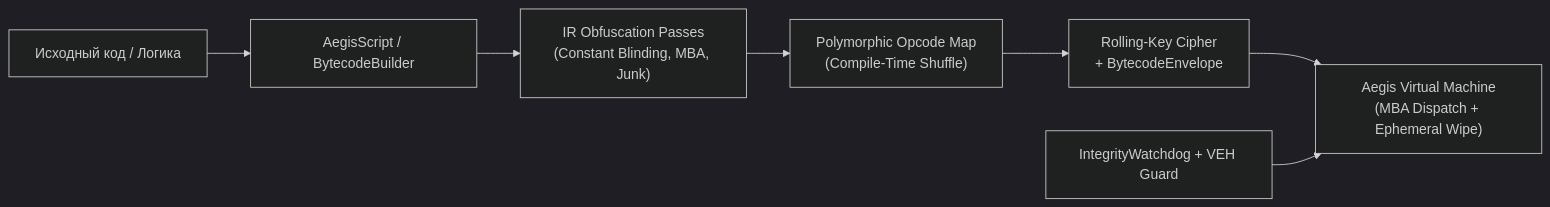
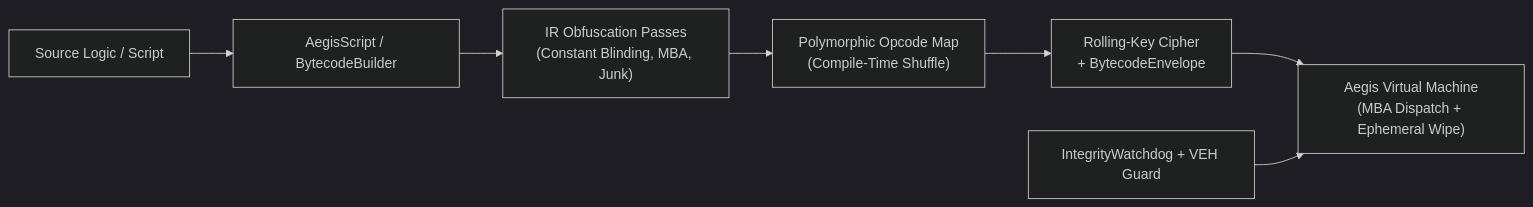
The diagram in README.md (1llu50ry/aegis), drawn with Mermaid (dark theme) before and after one commit. The commit also changed other lines of this file, not shown here.

````diff
--- a/README.md
+++ b/README.md
@@ -57,9 +61,9 @@
 ```mermaid
 flowchart LR
-    A["Исходный код / Логика"] --> B["AegisScript / BytecodeBuilder"]
+    A["Source Logic / Script"] --> B["AegisScript / BytecodeBuilder"]
     B --> C["IR Obfuscation Passes<br/>(Constant Blinding, MBA, Junk)"]
     C --> D["Polymorphic Opcode Map<br/>(Compile-Time Shuffle)"]
     D --> E["Rolling-Key Cipher<br/>+ BytecodeEnvelope"]
     E --> F["Aegis Virtual Machine<br/>(MBA Dispatch + Ephemeral Wipe)"]
     G["IntegrityWatchdog + VEH Guard"] --> F
 ```
````
